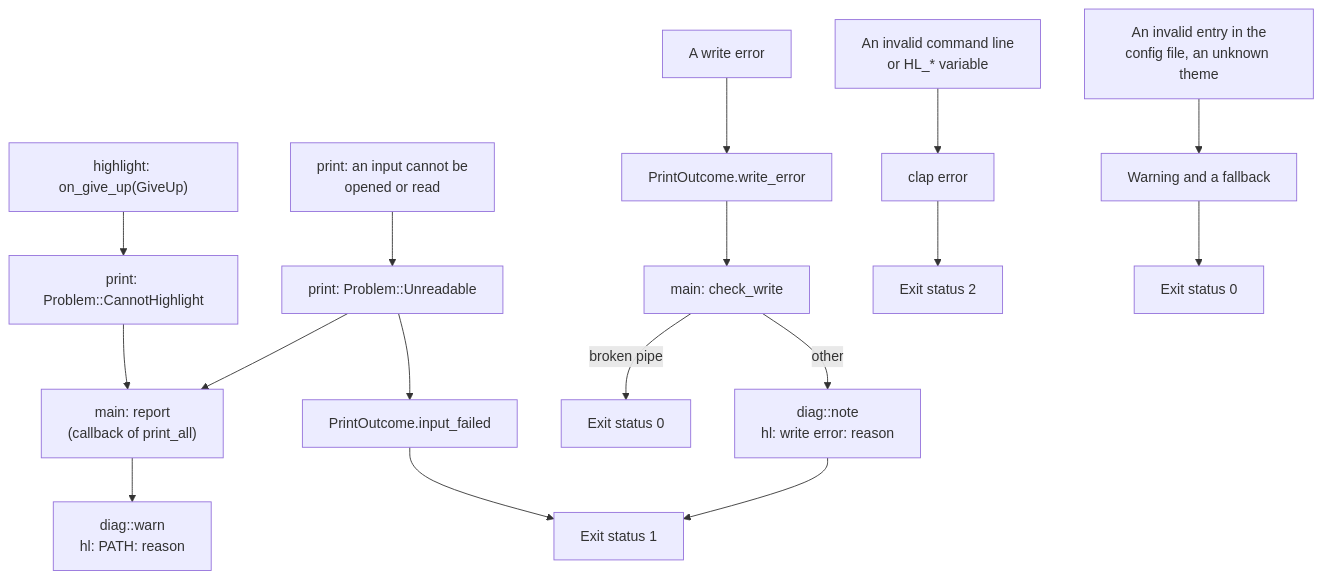
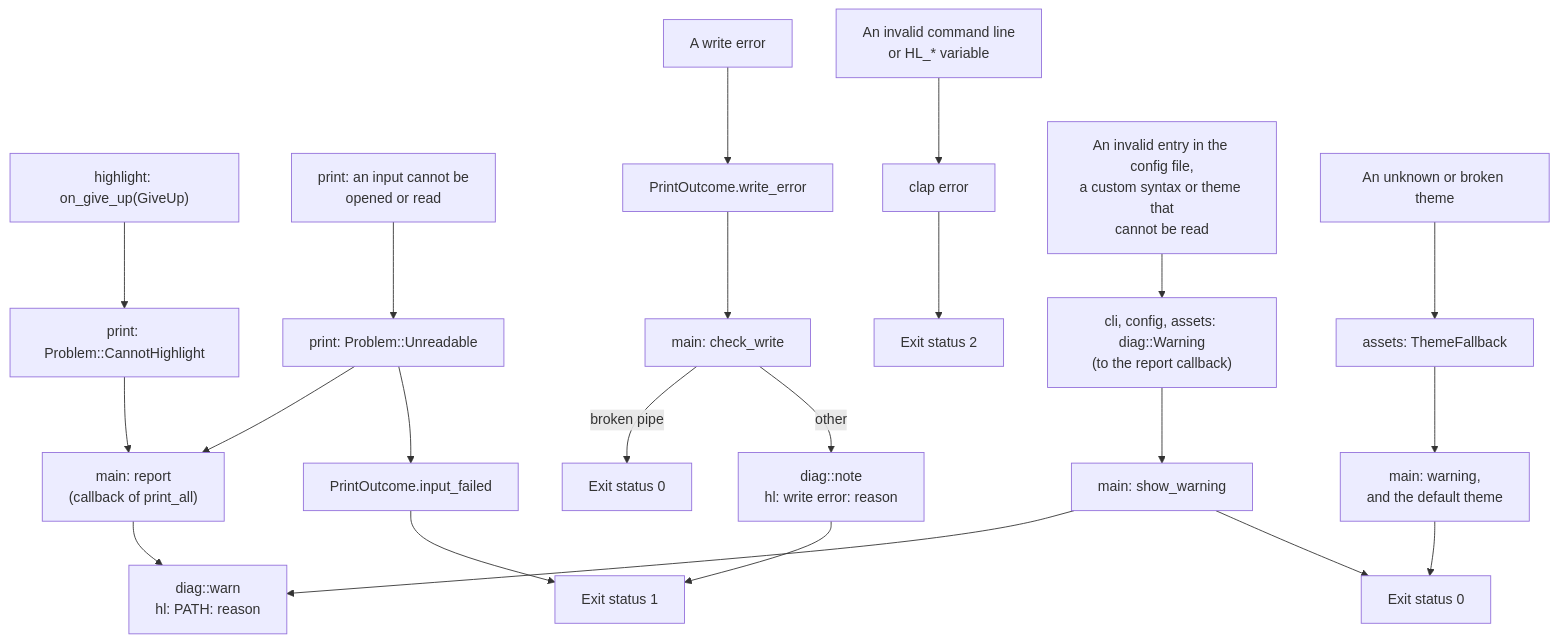
The fourth of 4 diagrams in docs/DESIGN.md (codemajin/hl), drawn with Mermaid before and after one commit. The commit also changed other lines of this file and 6 other files, not shown here.

````diff
--- a/docs/DESIGN.md
+++ b/docs/DESIGN.md
@@ -125,19 +125,24 @@
 ```mermaid
 flowchart TD
     giveup["highlight: on_give_up(GiveUp)"] --> cannot["print: Problem::CannotHighlight"]
     unreadable["print: an input cannot be<br/>opened or read"] --> unread["print: Problem::Unreadable"]
     cannot --> report["main: report<br/>(callback of print_all)"]
     unread --> report
     report --> warn["diag::warn<br/>hl: PATH: reason"]
     unread --> failed["PrintOutcome.input_failed"]
     failed --> one["Exit status 1"]
     write["A write error"] --> outcome["PrintOutcome.write_error"]
     outcome --> check["main: check_write"]
     check -->|broken pipe| zero["Exit status 0"]
     check -->|other| note["diag::note<br/>hl: write error: reason"]
     note --> one
     usage["An invalid command line<br/>or HL_* variable"] --> clap["clap error"]
     clap --> two["Exit status 2"]
-    config["An invalid entry in the<br/>config file, an unknown theme"] --> fallback["Warning and a fallback"]
-    fallback --> zero2["Exit status 0"]
+    found["An invalid entry in the config file,<br/>a custom syntax or theme that<br/>cannot be read"] --> warning["cli, config, assets: diag::Warning<br/>(to the report callback)"]
+    warning --> show["main: show_warning"]
+    show --> warn
+    show --> zero2["Exit status 0"]
+    theme["An unknown or broken theme"] --> fallback["assets: ThemeFallback"]
+    fallback --> default["main: warning,<br/>and the default theme"]
+    default --> zero2
 ```
````
